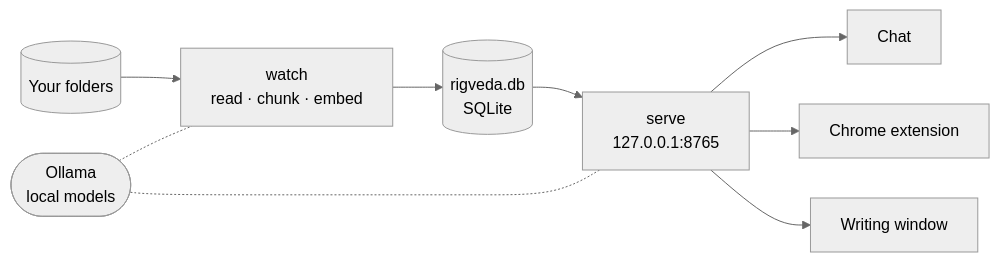
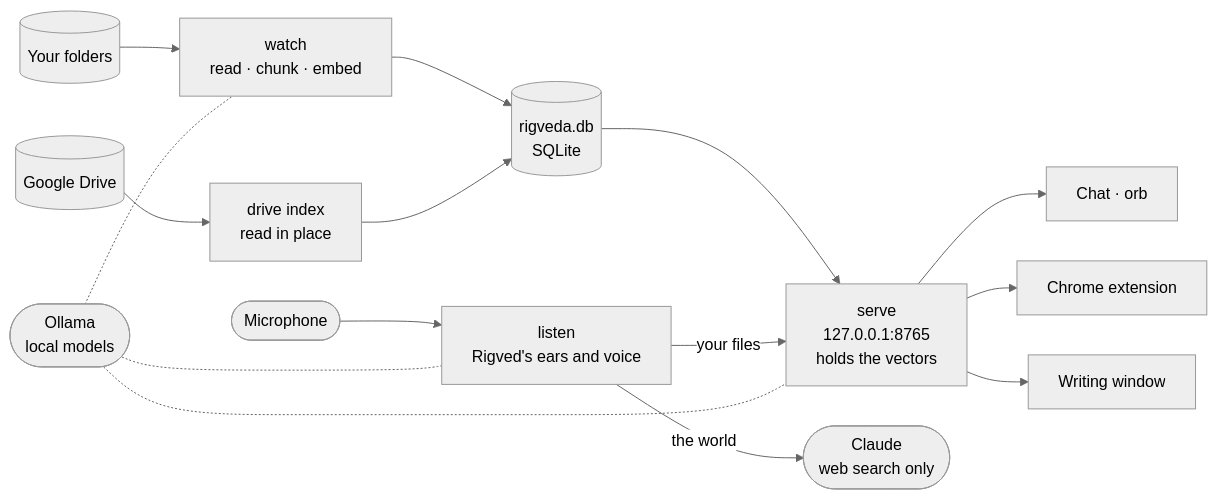
One commit to Kunal30/rigveda-ai changed the first of 4 diagrams in docs/ARCHITECTURE.md. Above: the diagram before and after it, drawn with Mermaid. The commit also changed other lines of this file and 1 other file, not shown here.

First line of the commit message:
Docs: Rigved's listening, the two minds (local and Claude), Drive and what leaves the computer

````diff
--- a/docs/ARCHITECTURE.md
+++ b/docs/ARCHITECTURE.md
@@ -11,12 +13,18 @@
 ```mermaid
 %%{init: {'theme':'neutral', 'flowchart': {'curve': 'basis', 'nodeSpacing': 40, 'rankSpacing': 50}}}%%
 flowchart LR
     F[("Your folders")] --> W["watch<br/>read · chunk · embed"]
+    G[("Google Drive")] --> I["drive index<br/>read in place"]
     W --> DB[("rigveda.db<br/>SQLite")]
-    DB --> S["serve<br/>127.0.0.1:8765"]
-    S --> C["Chat"]
+    I --> DB
+    DB --> S["serve<br/>127.0.0.1:8765<br/>holds the vectors"]
+    S --> C["Chat · orb"]
     S --> X["Chrome extension"]
     S --> D["Writing window"]
+    M(["Microphone"]) --> L["listen<br/>Rigved's ears and voice"]
+    L -- "your files" --> S
+    L -- "the world" --> CL(["Claude<br/>web search only"])
     O(["Ollama<br/>local models"]) -.- W
     O -.- S
+    O -.- L
 ```
````
